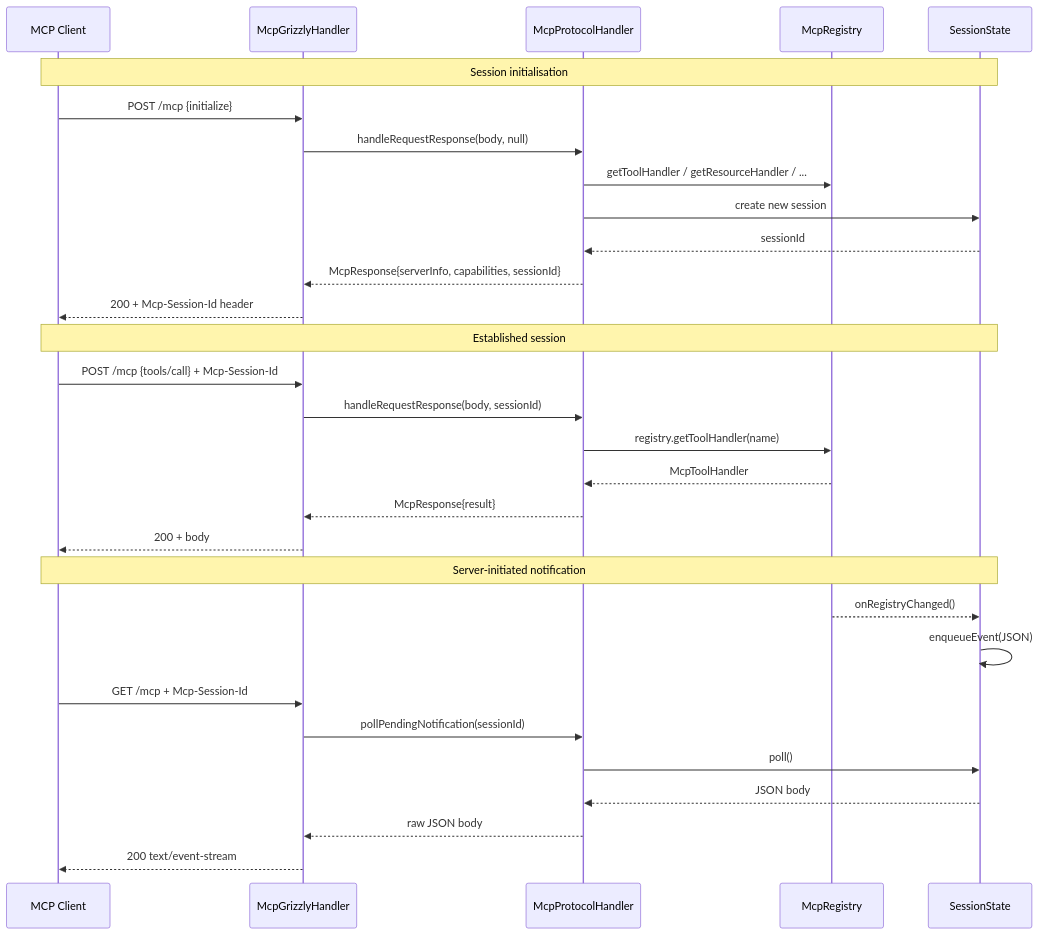
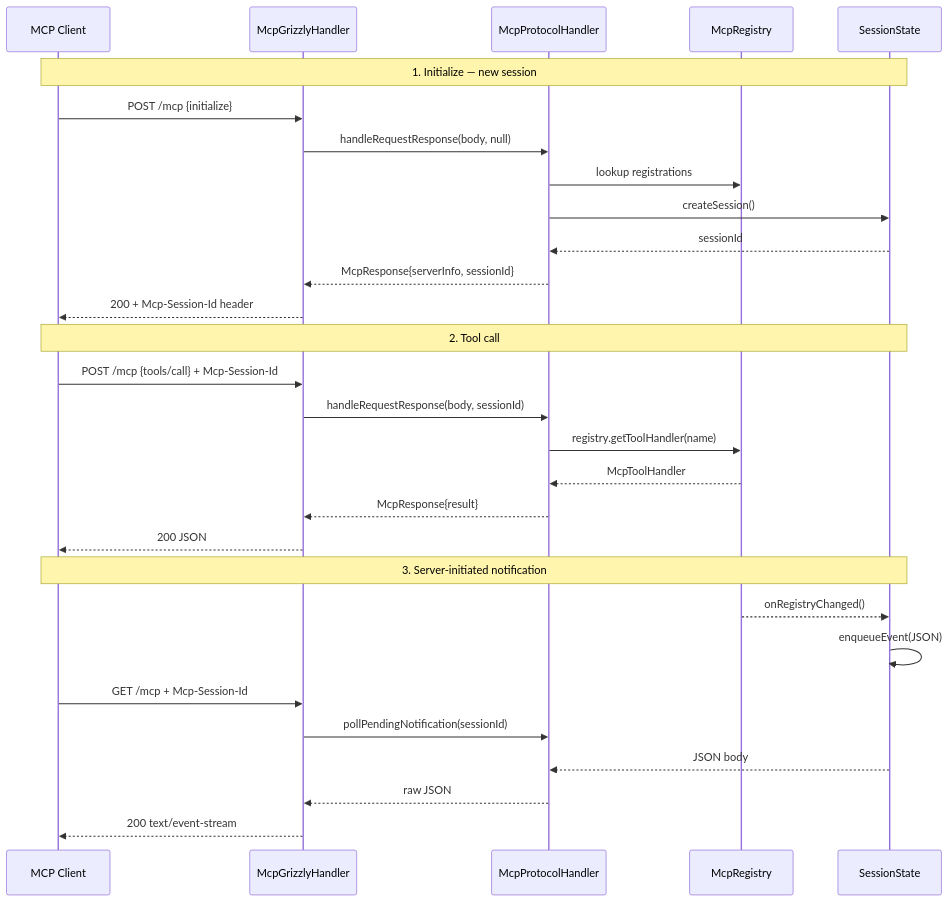
Before and after one commit to vinhphan812/mcp-java-sdk: the second of 4 diagrams in README.md, drawn with Mermaid. The commit also changed other lines of this file and 2 other files, not shown here.

````diff
--- a/README.md
+++ b/README.md
@@ -137,35 +273,34 @@
 ```mermaid
 sequenceDiagram
     participant C as MCP Client
     participant T as McpGrizzlyHandler
     participant P as McpProtocolHandler
     participant R as McpRegistry
     participant S as SessionState
 
-    Note over C,S: Session initialisation
+    Note over C,S: 1. Initialize — new session
     C->>T: POST /mcp {initialize}
     T->>P: handleRequestResponse(body, null)
-    P->>R: getToolHandler / getResourceHandler / ...
-    P->>S: create new session
+    P->>R: lookup registrations
+    P->>S: createSession()
     S-->>P: sessionId
-    P-->>T: McpResponse{serverInfo, capabilities, sessionId}
+    P-->>T: McpResponse{serverInfo, sessionId}
     T-->>C: 200 + Mcp-Session-Id header
 
-    Note over C,S: Established session
+    Note over C,S: 2. Tool call
     C->>T: POST /mcp {tools/call} + Mcp-Session-Id
     T->>P: handleRequestResponse(body, sessionId)
     P->>R: registry.getToolHandler(name)
     R-->>P: McpToolHandler
     P-->>T: McpResponse{result}
-    T-->>C: 200 + body
+    T-->>C: 200 JSON
 
-    Note over C,S: Server-initiated notification
+    Note over C,S: 3. Server-initiated notification
     R-->>S: onRegistryChanged()
     S->>S: enqueueEvent(JSON)
     C->>T: GET /mcp + Mcp-Session-Id
     T->>P: pollPendingNotification(sessionId)
-    P->>S: poll()
     S-->>P: JSON body
-    P-->>T: raw JSON body
+    P-->>T: raw JSON
     T-->>C: 200 text/event-stream
 ```
````
